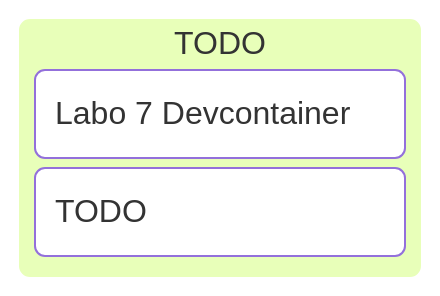
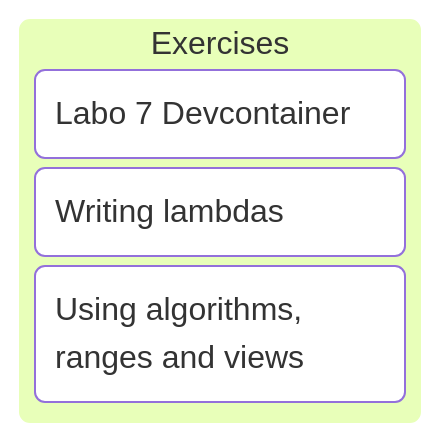
The diagram in slides/session_7_labo/index.md (GlennVL-AP/cpp-programming-slides), drawn with Mermaid before and after one commit. The commit also changed other lines of this file, not shown here.

````diff
--- a/slides/session_7_labo/index.md
+++ b/slides/session_7_labo/index.md
@@ -7,6 +7,7 @@
 ```mermaid
 kanban
-  column1[TODO]
+  column1[Exercises]
     task1[Labo 7 Devcontainer]
-    task2[TODO]
+    task2[Writing lambdas]
+    task2[Using algorithms, ranges and views]
 ```
````
